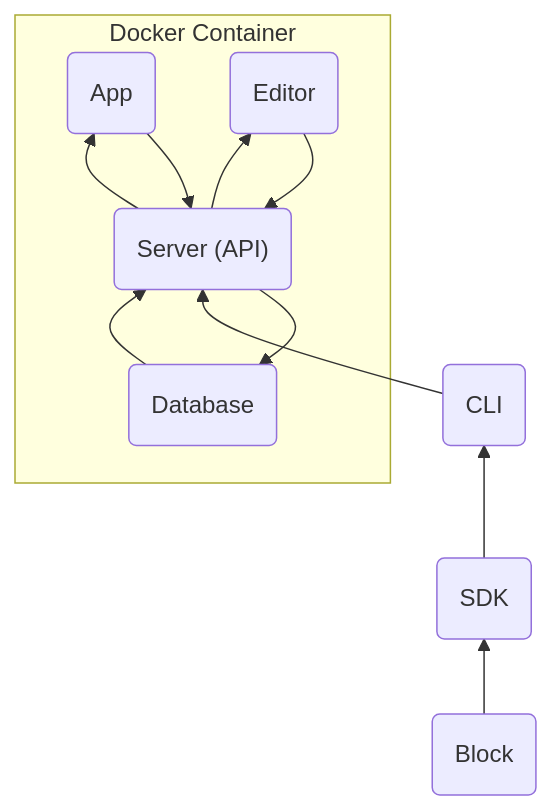
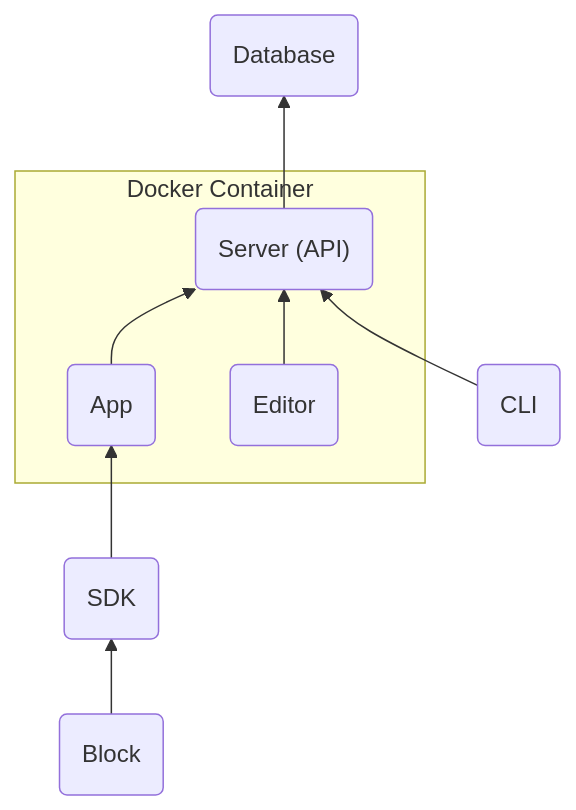
Before and after one commit to appsemble/appsemble: the diagram in docs/images/architecture.mmd, drawn with Mermaid. The commit also changed 1 other file, not shown here.

Commit message:
docs: update architecture graph

```diff
--- a/docs/images/architecture.mmd
+++ b/docs/images/architecture.mmd
@@ -1,12 +1,11 @@
 graph BT
   subgraph Docker Container
-    A(Database) --> B
-    B("Server (API)") --> A
-    C(App) --> B
-    B --> C
-    D(Editor) --> B
-    B --> D
+    A("Server (API)")
+    C(App) --> A
+    D(Editor) --> A
   end
-  E(CLI) --> B
-  F(SDK) --> E
+  B(Database)
+  A --> B
+  E(CLI) --> A
+  F(SDK) --> C
   G(Block) --> F
```
